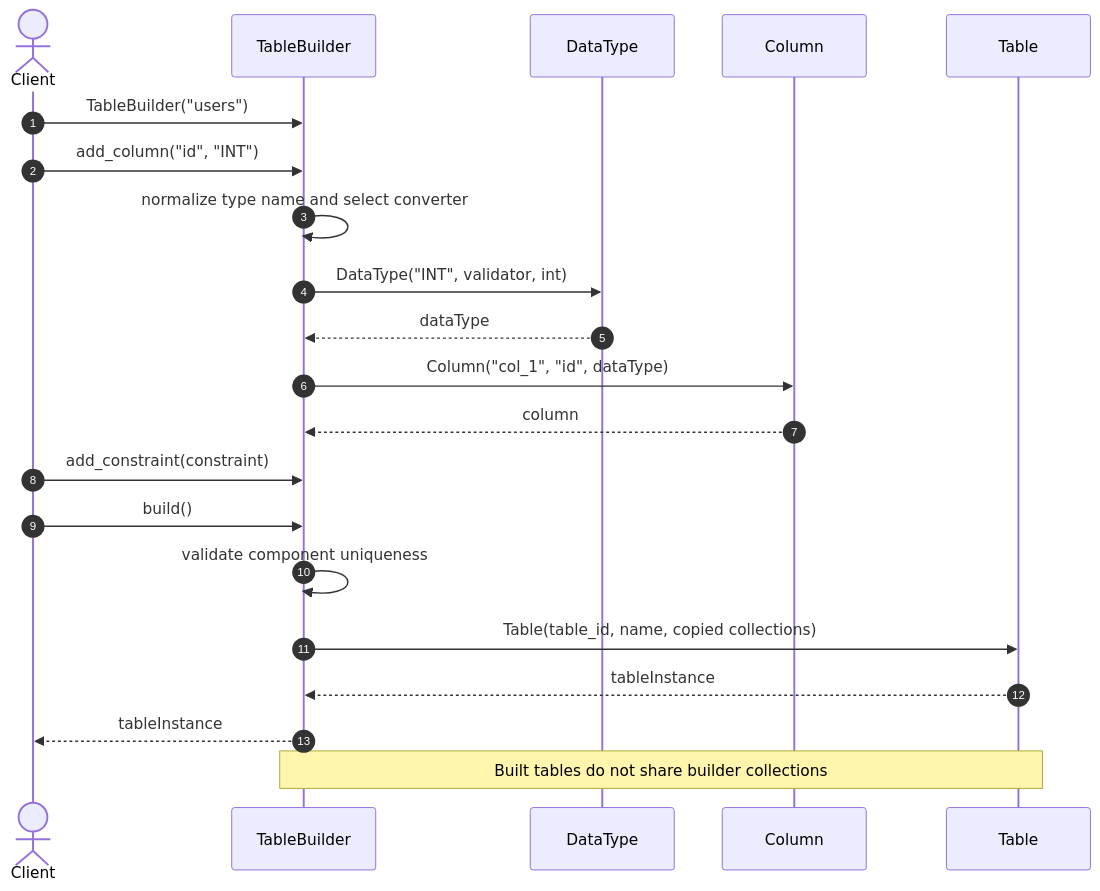
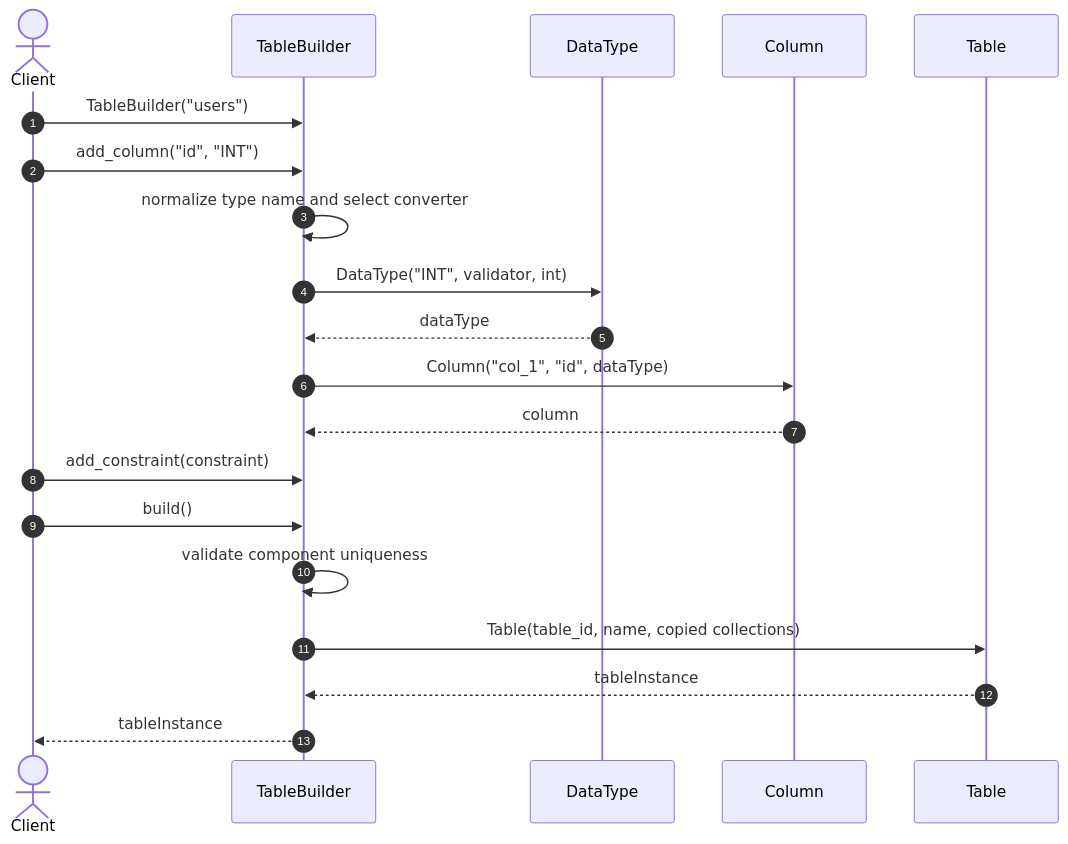
One commit to taitran501/DBMS changed the first of 7 diagrams in docs/diagrams/sequence/design_patterns/database_object.md. Above: the diagram before and after it, drawn with Mermaid. The commit also changed other lines of this file and 2 other files, not shown here.

Commit message:
docs(database_object): add class, sequence diagrams for Builder, Strategy, and Factory Method patterns

````diff
--- a/docs/diagrams/sequence/design_patterns/database_object.md
+++ b/docs/diagrams/sequence/design_patterns/database_object.md
@@ -11,25 +11,23 @@
 ```mermaid
 sequenceDiagram
     autonumber
     actor Client
     participant TableBuilder
     participant DataType
     participant Column
     participant Table
 
     Client->>TableBuilder: TableBuilder("users")
     Client->>TableBuilder: add_column("id", "INT")
     TableBuilder->>TableBuilder: normalize type name and select converter
     TableBuilder->>DataType: DataType("INT", validator, int)
     DataType-->>TableBuilder: dataType
     TableBuilder->>Column: Column("col_1", "id", dataType)
     Column-->>TableBuilder: column
     Client->>TableBuilder: add_constraint(constraint)
     Client->>TableBuilder: build()
     TableBuilder->>TableBuilder: validate component uniqueness
     TableBuilder->>Table: Table(table_id, name, copied collections)
     Table-->>TableBuilder: tableInstance
     TableBuilder-->>Client: tableInstance
-
-    Note over TableBuilder,Table: Built tables do not share builder collections
 ```
````
